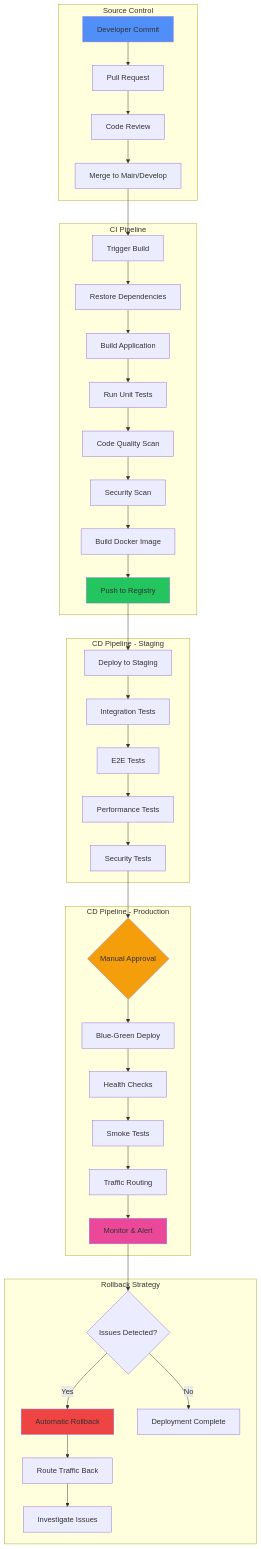
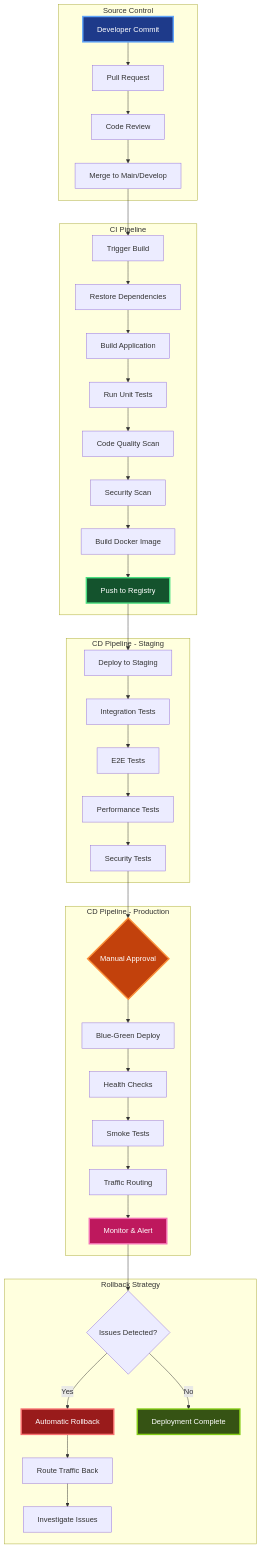
Before and after one commit to mleppedev/aio: the diagram in docs/tablas/deployment-pipelines.md, drawn with Mermaid. The commit also changed 16 other files, not shown here.

````diff
--- a/docs/tablas/deployment-pipelines.md
+++ b/docs/tablas/deployment-pipelines.md
@@ -538,50 +538,58 @@
 ```mermaid
 graph TB
     subgraph "Source Control"
         A[Developer Commit] --> B[Pull Request]
         B --> C[Code Review]
         C --> D[Merge to Main/Develop]
     end
 
     subgraph "CI Pipeline"
         D --> E[Trigger Build]
         E --> F[Restore Dependencies]
         F --> G[Build Application]
         G --> H[Run Unit Tests]
         H --> I[Code Quality Scan]
         I --> J[Security Scan]
         J --> K[Build Docker Image]
         K --> L[Push to Registry]
     end
 
     subgraph "CD Pipeline - Staging"
         L --> M[Deploy to Staging]
         M --> N[Integration Tests]
         N --> O[E2E Tests]
         O --> P[Performance Tests]
         P --> Q[Security Tests]
     end
 
     subgraph "CD Pipeline - Production"
         Q --> R{Manual Approval}
         R --> S[Blue-Green Deploy]
         S --> T[Health Checks]
         T --> U[Smoke Tests]
         U --> V[Traffic Routing]
         V --> W[Monitor & Alert]
     end
 
     subgraph "Rollback Strategy"
         W --> X{Issues Detected?}
         X -->|Yes| Y[Automatic Rollback]
         X -->|No| Z[Deployment Complete]
         Y --> AA[Route Traffic Back]
         AA --> BB[Investigate Issues]
     end
 
-    style A fill:#4f8ff7
-    style L fill:#22c55e
-    style R fill:#f59e0b
-    style W fill:#ec4899
-    style Y fill:#ef4444
+    classDef source fill:#1e3a8a,stroke:#60a5fa,stroke-width:3px,color:#ffffff
+    classDef ciStage fill:#14532d,stroke:#4ade80,stroke-width:3px,color:#ffffff
+    classDef approval fill:#c2410c,stroke:#fb923c,stroke-width:3px,color:#ffffff
+    classDef monitoring fill:#be185d,stroke:#f472b6,stroke-width:3px,color:#ffffff
+    classDef rollback fill:#991b1b,stroke:#f87171,stroke-width:3px,color:#ffffff
+    classDef success fill:#365314,stroke:#84cc16,stroke-width:3px,color:#ffffff
+    
+    class A source
+    class L ciStage
+    class R approval
+    class W monitoring
+    class Y rollback
+    class Z success
 ```
````
